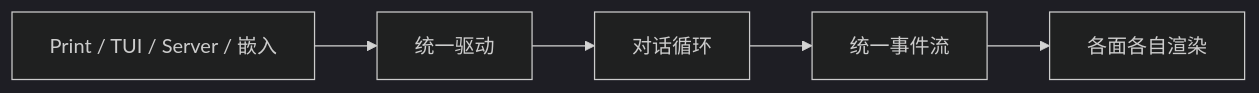
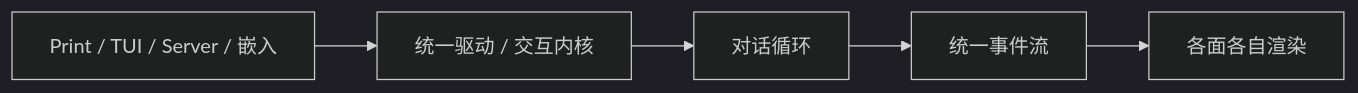
One commit to StrayDragon/xylitol changed the diagram in docs/architecture/库与多客户端.md. Above: the diagram before and after it, drawn with Mermaid (dark theme). The commit also changed other lines of this file and 1 other file, not shown here.

First line of the commit message:
docs: record XyDriver kernel mental model and react P3 deferral

````diff
--- a/docs/architecture/库与多客户端.md
+++ b/docs/architecture/库与多客户端.md
@@ -22,7 +24,7 @@
 ```mermaid
 flowchart LR
-  Clients["Print / TUI / Server / 嵌入"] --> XyDriver["统一驱动"]
+  Clients["Print / TUI / Server / 嵌入"] --> XyDriver["统一驱动 / 交互内核"]
   XyDriver --> Loop["对话循环"]
   Loop --> Events["统一事件流"]
   Events --> Render["各面各自渲染"]
 ```
````
